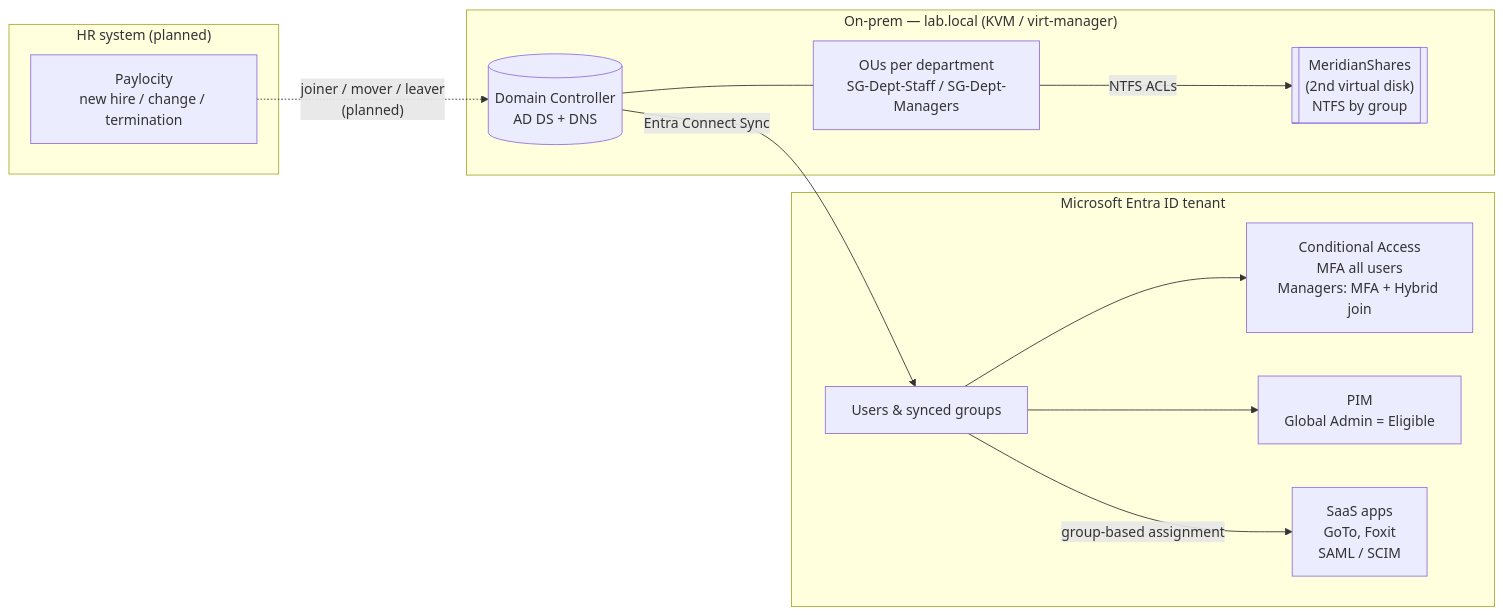
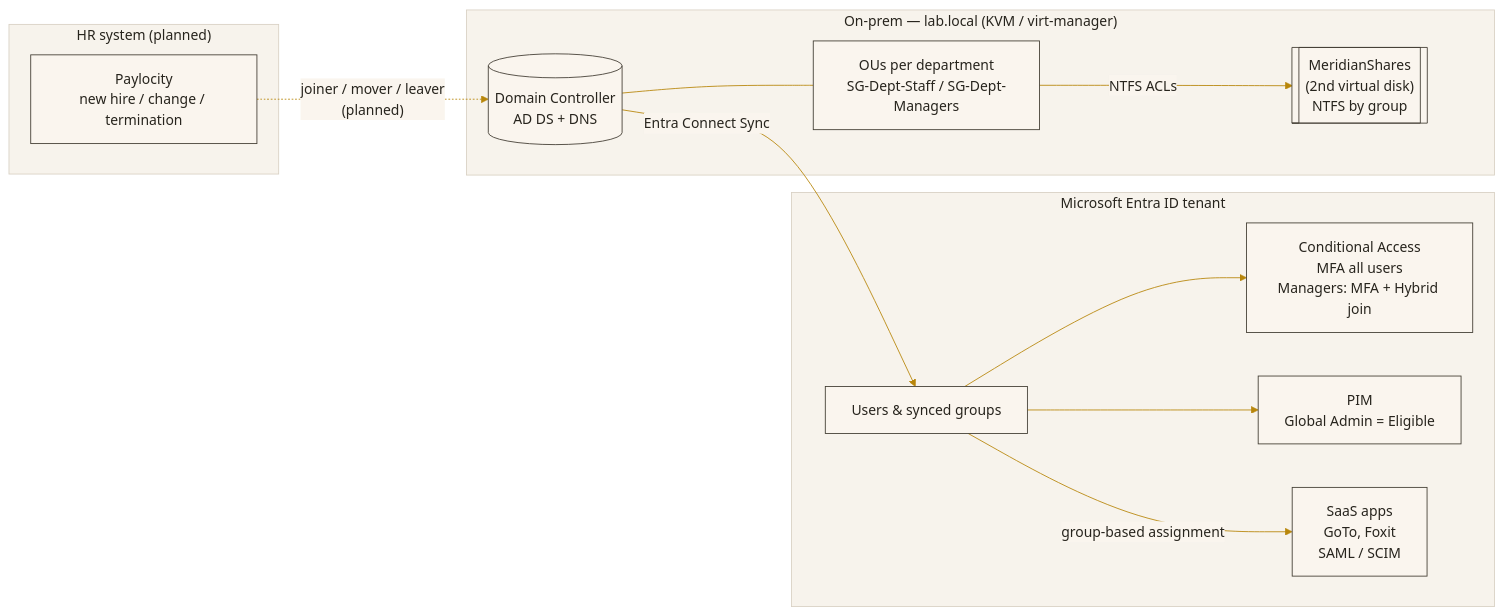
Before and after one commit to joshuarichard116-sudo/meridian-steel-access-governance: the first of 3 diagrams in README.md, drawn with Mermaid. The commit also changed other lines of this file and 2 other files, not shown here.

First line of the commit message:
Style README: banner, palette badges and diagrams, emoji headings, amber dividers

````diff
--- a/README.md
+++ b/README.md
@@ -52,27 +54,28 @@
 ```mermaid
+%%{init: {'theme':'base','themeVariables':{'primaryColor':'#FAF5EE','primaryTextColor':'#27241D','primaryBorderColor':'#423D33','lineColor':'#B8860B','secondaryColor':'#F7F3EC','tertiaryColor':'#F7F3EC','clusterBkg':'#F7F3EC','clusterBorder':'#D9D1C4','titleColor':'#27241D','edgeLabelBackground':'#FAF5EE','textColor':'#27241D'}}}%%
 flowchart LR
     subgraph HR["HR system (planned)"]
         PL[Paylocity<br/>new hire / change / termination]
     end
 
     subgraph OnPrem["On-prem — lab.local (KVM / virt-manager)"]
         DC[(Domain Controller<br/>AD DS + DNS)]
         OU[OUs per department<br/>SG-Dept-Staff / SG-Dept-Managers]
         FS[["MeridianShares<br/>(2nd virtual disk)<br/>NTFS by group"]]
         DC --- OU
         OU -->|NTFS ACLs| FS
     end
 
     subgraph Cloud["Microsoft Entra ID tenant"]
         ENTRA[Users & synced groups]
         CA[Conditional Access<br/>MFA all users<br/>Managers: MFA + Hybrid join]
         PIM[PIM<br/>Global Admin = Eligible]
         APPS[SaaS apps<br/>GoTo, Foxit<br/>SAML / SCIM]
     end
 
     PL -. "joiner / mover / leaver<br/>(planned)" .-> DC
     DC -->|Entra Connect Sync| ENTRA
     ENTRA --> CA
     ENTRA --> PIM
     ENTRA -->|group-based assignment| APPS
 ```
````
